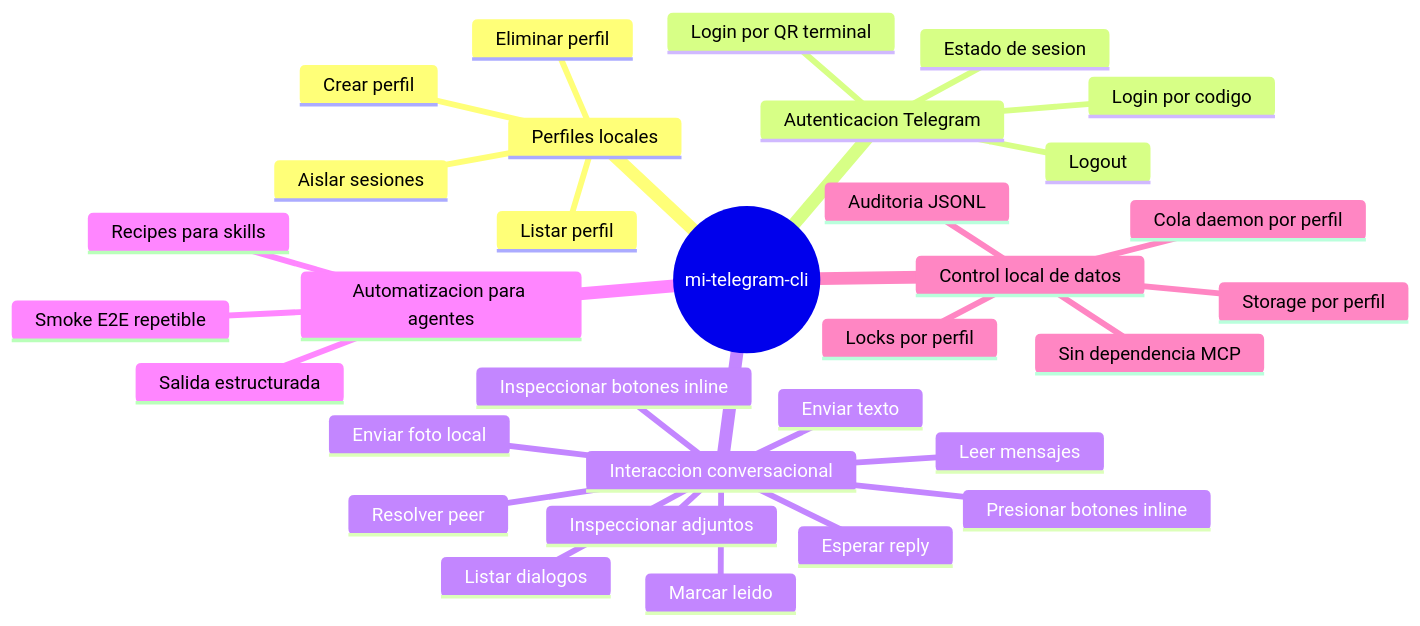
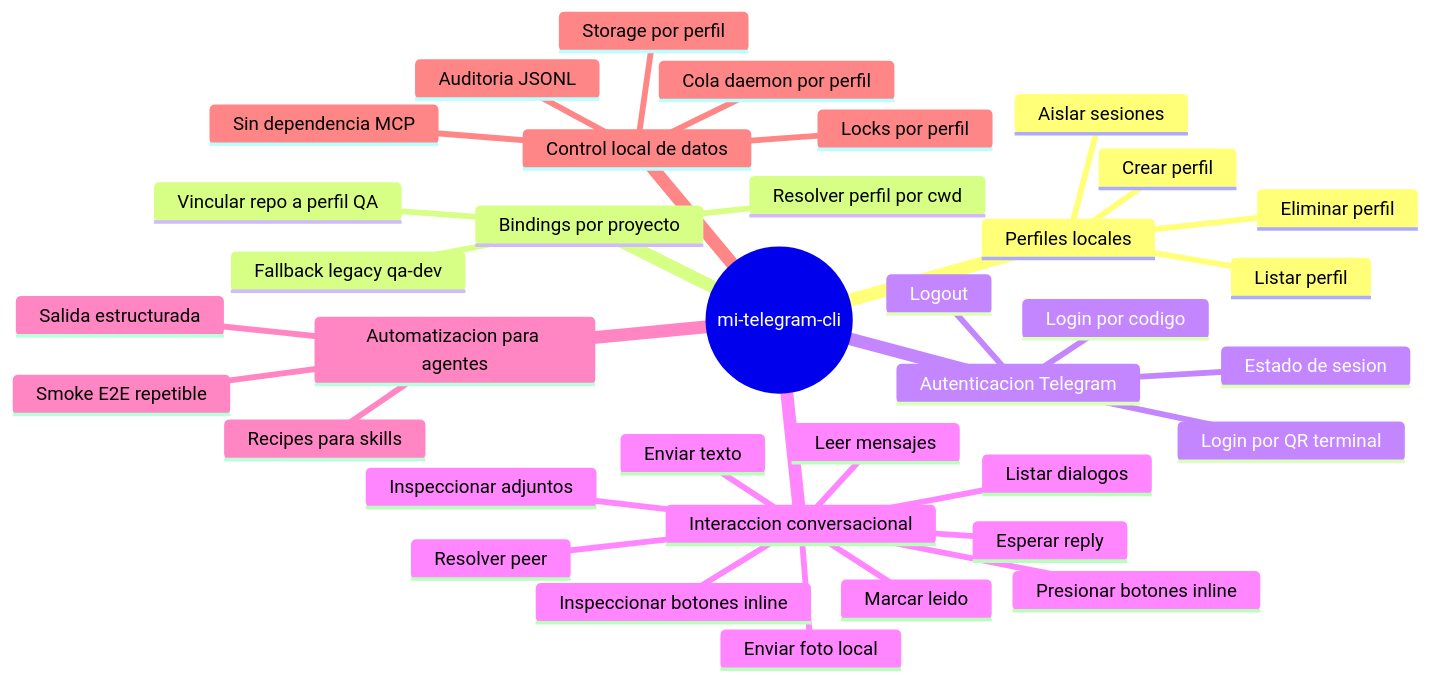
The diagram in .docs/wiki/01_alcance_funcional.md (fgpaz/mi-telegram-cli), drawn with Mermaid before and after one commit. The commit also changed other lines of this file and 27 other files, not shown here.

````diff
--- a/.docs/wiki/01_alcance_funcional.md
+++ b/.docs/wiki/01_alcance_funcional.md
@@ -17,35 +17,39 @@
 ```mermaid
 mindmap
   root((mi-telegram-cli))
     Perfiles locales
       Crear perfil
       Listar perfil
       Eliminar perfil
       Aislar sesiones
+    Bindings por proyecto
+      Vincular repo a perfil QA
+      Resolver perfil por cwd
+      Fallback legacy qa-dev
     Autenticacion Telegram
       Login por codigo
       Login por QR terminal
       Estado de sesion
       Logout
     Interaccion conversacional
       Listar dialogos
       Resolver peer
       Leer mensajes
       Inspeccionar adjuntos
       Inspeccionar botones inline
       Enviar texto
       Enviar foto local
       Esperar reply
       Presionar botones inline
       Marcar leido
     Automatizacion para agentes
       Salida estructurada
       Recipes para skills
       Smoke E2E repetible
     Control local de datos
       Storage por perfil
       Locks por perfil
       Cola daemon por perfil
       Auditoria JSONL
       Sin dependencia MCP
 ```
````
